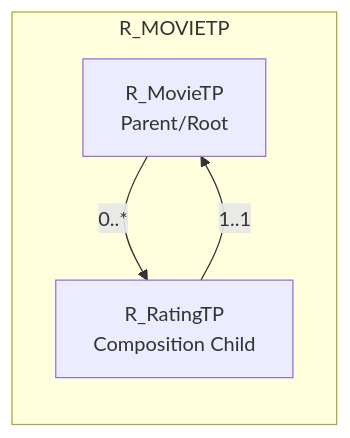
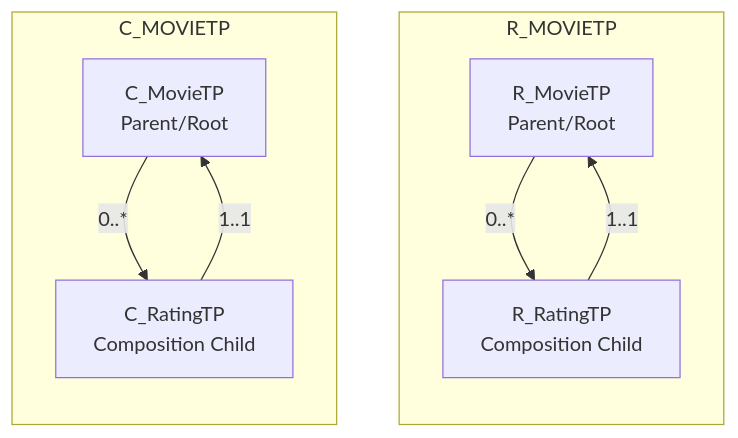
Before and after one commit to appenmaier/abap_movie: the third of 3 diagrams in README.md, drawn with Mermaid.

````diff
--- a/README.md
+++ b/README.md
@@ -147,12 +147,21 @@
 ```mermaid
 flowchart
+   C_MovieTP["C_MovieTP
+              Parent/Root"]
+   C_RatingTP["C_RatingTP
+               Composition Child"]
    R_MovieTP["R_MovieTP
               Parent/Root"]
    R_RatingTP["R_RatingTP
                Composition Child"]
    subgraph "R_MOVIETP"
       direction TB
       R_MovieTP --0..*--> R_RatingTP
       R_RatingTP --1..1--> R_MovieTP
    end
+   subgraph "C_MOVIETP"
+      direction TB
+      C_MovieTP --0..*--> C_RatingTP
+      C_RatingTP --1..1--> C_MovieTP
+   end
 ```
````
